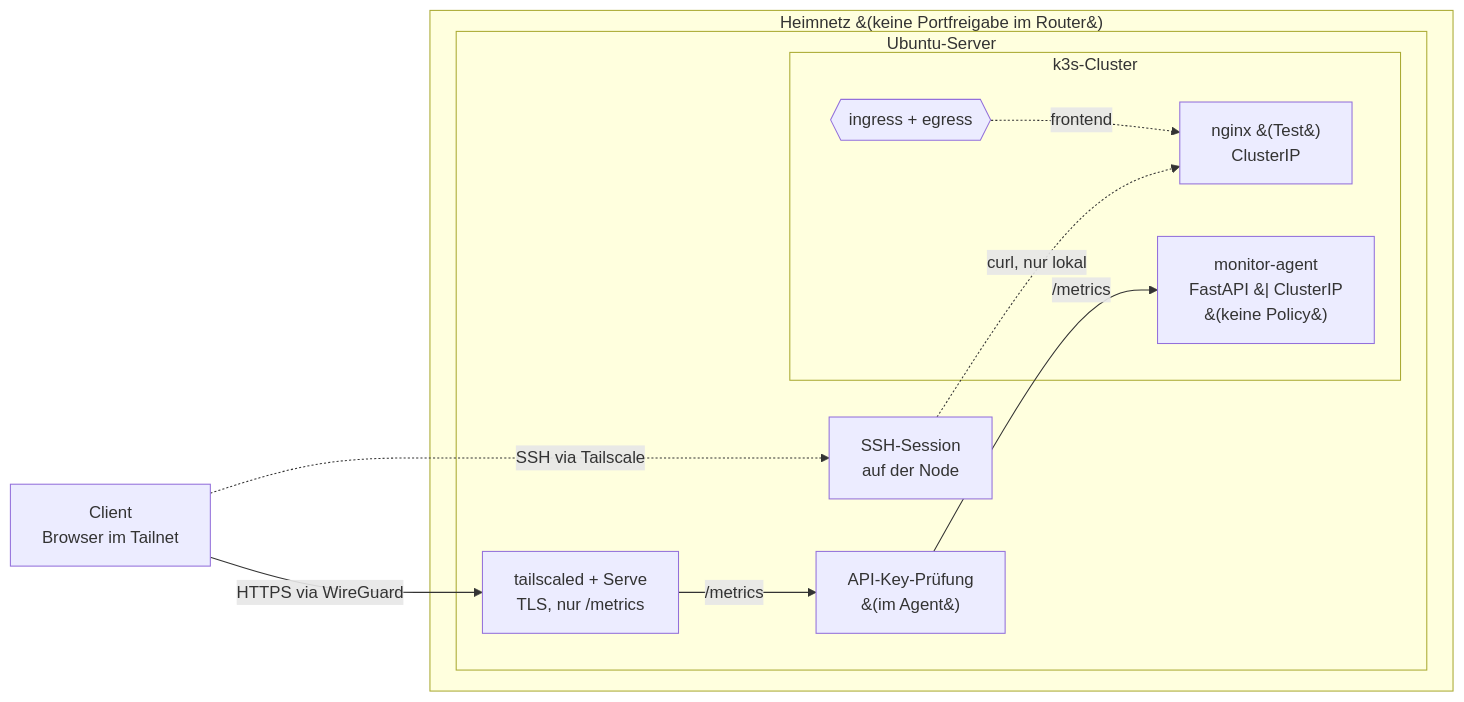
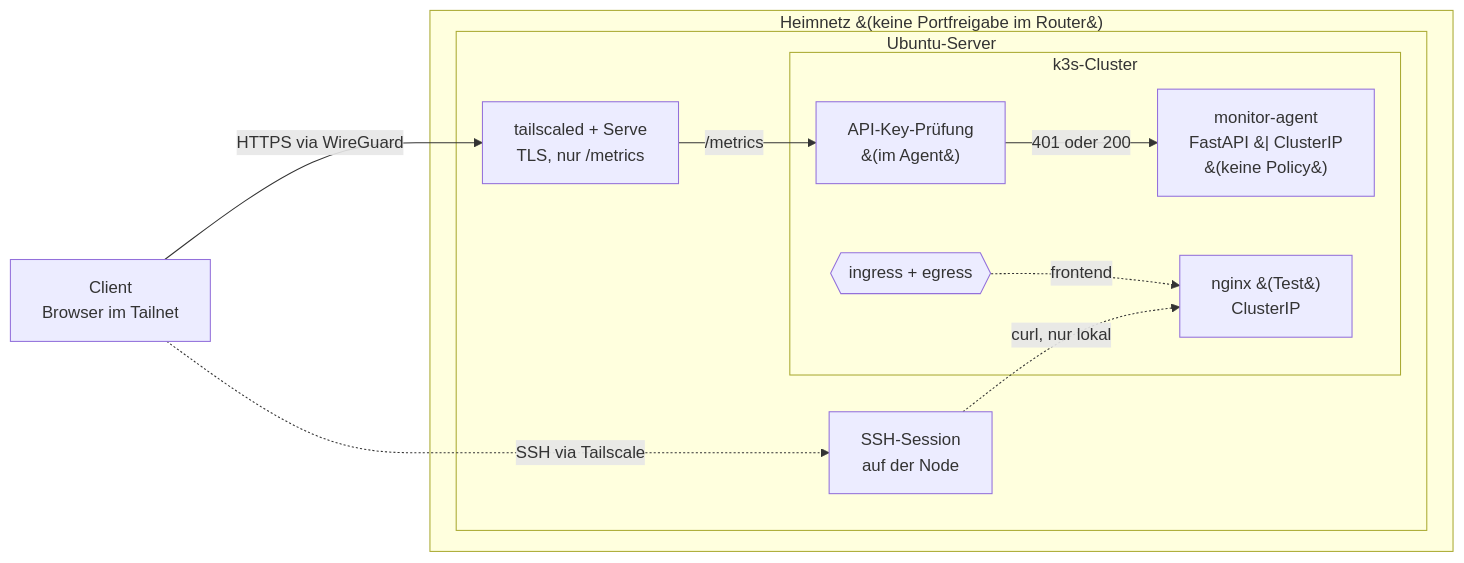
Before and after one commit to headnutAi/secure-homelab: the diagram in README.md, drawn with Mermaid.

Commit message:
Refactor API-Key check in README diagram
Updated API-Key check representation in the diagram.

````diff
--- a/README.md
+++ b/README.md
@@ -31,28 +31,27 @@
 ```mermaid
 flowchart LR
     client["Client<br/>Browser im Tailnet"]
 
     subgraph home["Heimnetz &#40;keine Portfreigabe im Router&#41;"]
         subgraph host["Ubuntu-Server"]
             ts["tailscaled + Serve<br/>TLS, nur /metrics"]
             ssh["SSH-Session<br/>auf der Node"]
-            api["API-Key-Prüfung<br/>&#40;im Agent&#41;"]
-
+            
             subgraph k3s["k3s-Cluster"]
-                
+                api["API-Key-Prüfung<br/>&#40;im Agent&#41;"]
                     nginx["nginx &#40;Test&#41;<br/>ClusterIP"]
                     Networkpolicy{{"ingress + egress"}}
                     Networkpolicy -.-> |"frontend"| nginx
                 
                 mon["monitor-agent<br/>FastAPI &#124; ClusterIP<br/>&#40;keine Policy&#41;"]
             end
 
             ts -->|"/metrics"| api
-            api --> |"/metrics"| mon
+            api --> |"401 oder 200"| mon
             ssh -.->|"curl, nur lokal"| nginx
         end
     end
 
     client -->|"HTTPS via WireGuard"| ts
     client -.->|"SSH via Tailscale"| ssh
 ```
````
